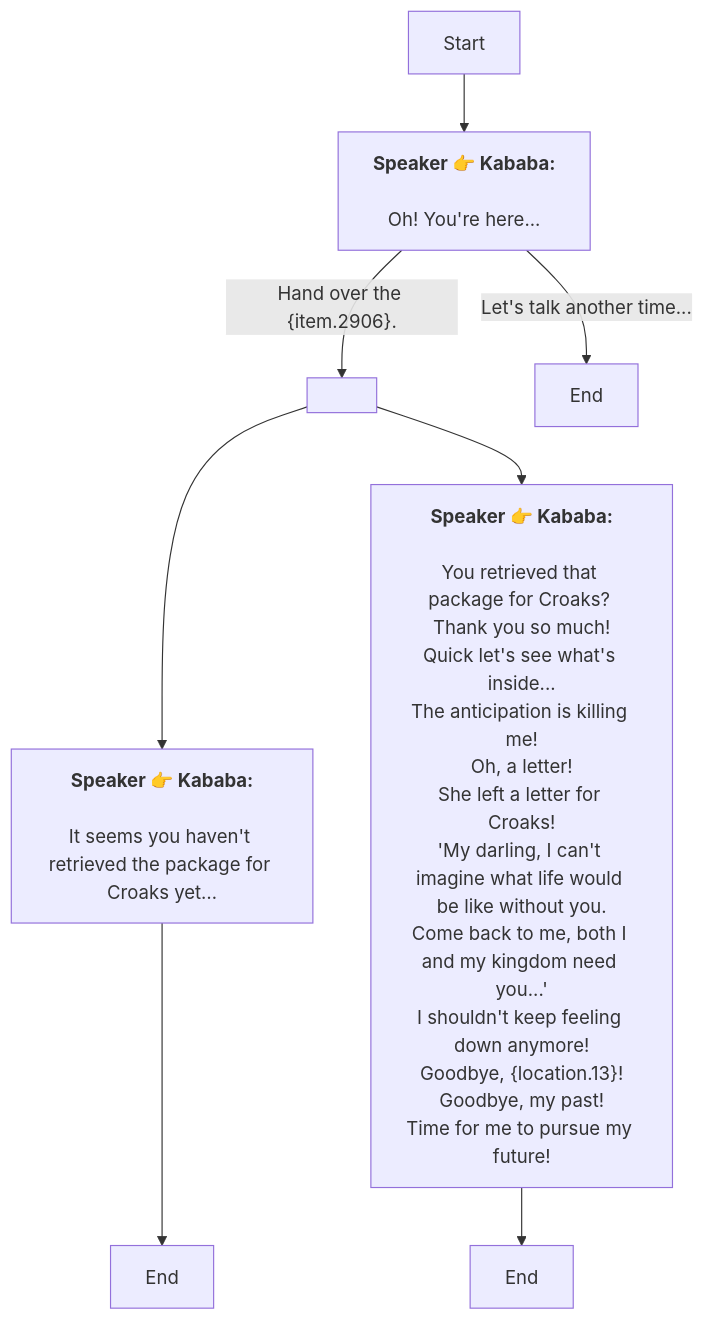
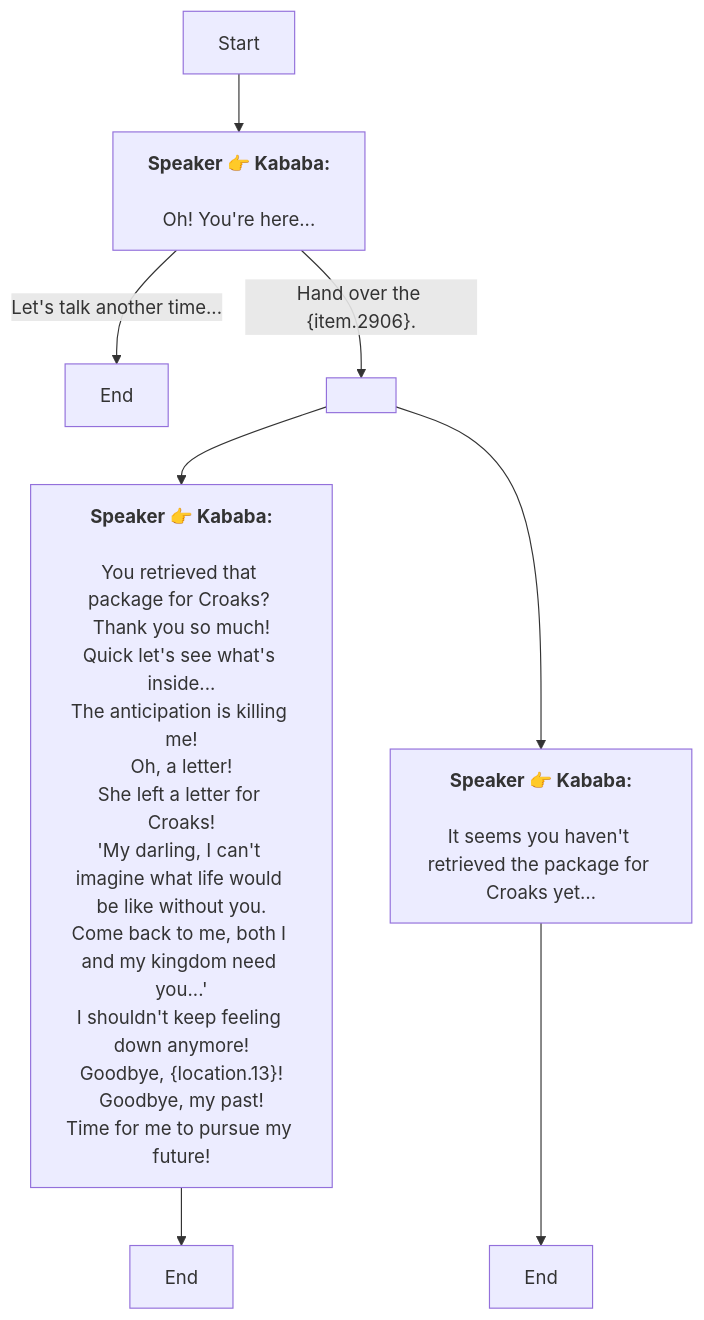
The diagram in En/QuestTalkObjectiveNode_1737569690574121.md (SoftHu/tos_avg), drawn with Mermaid before and after one commit. The commit also changed other lines of this file and 780 other files, not shown here.

````diff
--- a/En/QuestTalkObjectiveNode_1737569690574121.md
+++ b/En/QuestTalkObjectiveNode_1737569690574121.md
@@ -1,20 +1,20 @@
 ```mermaid
 graph
 Start -->1738900584411450[<b>Speaker 👉 Kababa:</b>
 \nOh! You're here...]
+1738900584411450 -->|Let's talk another time...|1738900772840769[End]
 1738900584411450 -->|Hand over the &lbrace;item.2906&rbrace;.|1738361726628956[ ]
-1738900584411450 -->|Let's talk another time...|1738900772840769[End]
-1738361726628956 -->1737632949065013[<b>Speaker 👉 Kababa:</b>
-\nIt seems you haven't retrieved the package for Croaks yet…]
 1738361726628956 -->1737571406559532[<b>Speaker 👉 Kababa:</b>
 \nYou retrieved that package for Croaks? Thank you so much!
 Quick let's see what's inside...
 The anticipation is killing me!\nOh, a letter!
 She left a letter for Croaks!\n'My darling, I can't imagine what life would be like without you.
 Come back to me, both I and my kingdom need you...'\nI shouldn't keep feeling down anymore!
 Goodbye, &lbrace;location.13&rbrace;!
 Goodbye, my past!\nTime for me to pursue my future!]
+1738361726628956 -->1737632949065013[<b>Speaker 👉 Kababa:</b>
+\nIt seems you haven't retrieved the package for Croaks yet…]
 1737632949065013 -->1738361774200925[End]
 1737571406559532 -->1737632572734770[End]
 
 ```
````
